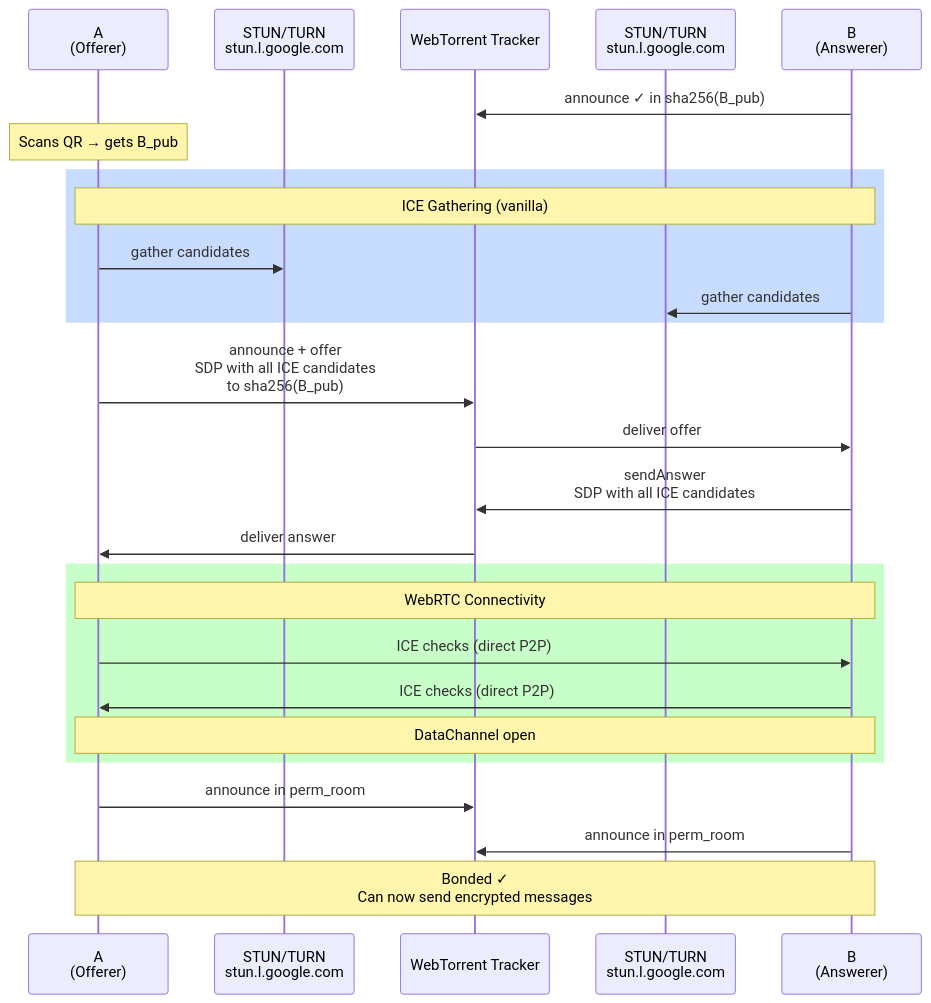
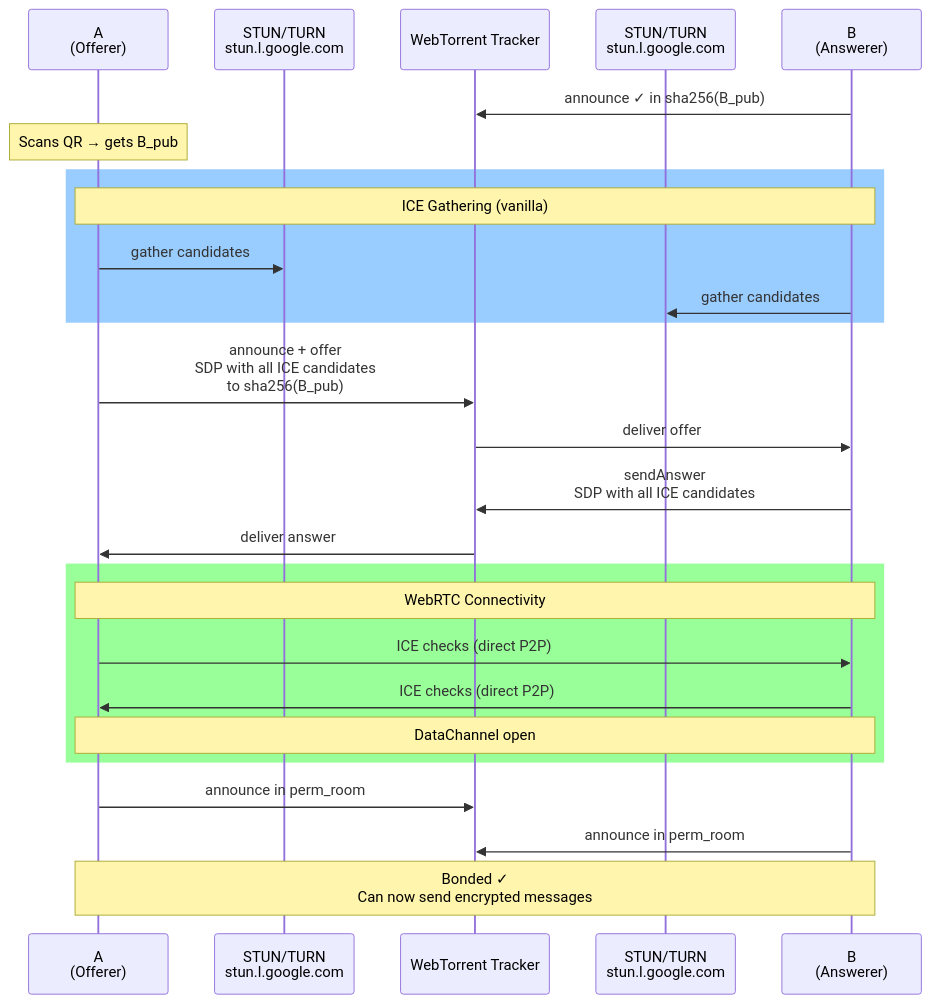
The third of 8 diagrams in README.md (davidevecchi/TruSTI), drawn with Mermaid before and after one commit. The commit also changed other lines of this file, not shown here.

````diff
--- a/README.md
+++ b/README.md
@@ -128,35 +136,35 @@
 ```mermaid
 sequenceDiagram
     participant A as A<br/>(Offerer)
     participant ICE_A as STUN/TURN<br/>stun.l.google.com
     participant Tracker as WebTorrent Tracker
     participant ICE_B as STUN/TURN<br/>stun.l.google.com
     participant B as B<br/>(Answerer)
 
     B->>Tracker: announce ✓ in sha256(B_pub)
     Note over A: Scans QR → gets B_pub
 
-    rect rgb(200,220,255)
+    rect rgba(0, 128, 255, 0.4)
     Note over A,B: ICE Gathering (vanilla)
     A->>ICE_A: gather candidates
     B->>ICE_B: gather candidates
     end
 
     A->>Tracker: announce + offer<br/>SDP with all ICE candidates<br/>to sha256(B_pub)
     Tracker->>B: deliver offer
 
     B->>Tracker: sendAnswer<br/>SDP with all ICE candidates
     Tracker->>A: deliver answer
 
-    rect rgb(200,255,200)
+    rect rgba(0, 255, 0, 0.4)
     Note over A,B: WebRTC Connectivity
     A->>B: ICE checks (direct P2P)
     B->>A: ICE checks (direct P2P)
     Note over A,B: DataChannel open
     end
 
     A->>Tracker: announce in perm_room
     B->>Tracker: announce in perm_room
 
     Note over A,B: Bonded ✓<br/>Can now send encrypted messages
 ```
````
